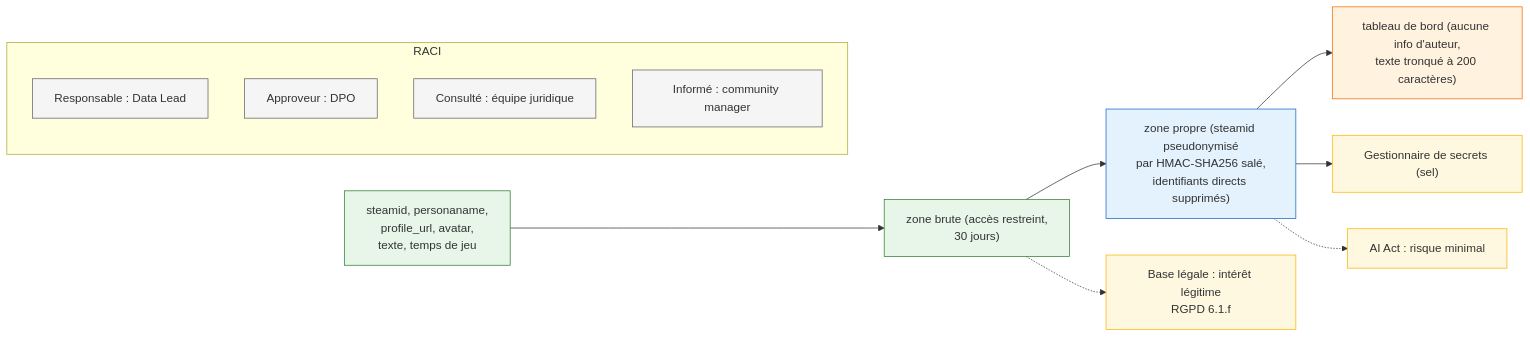
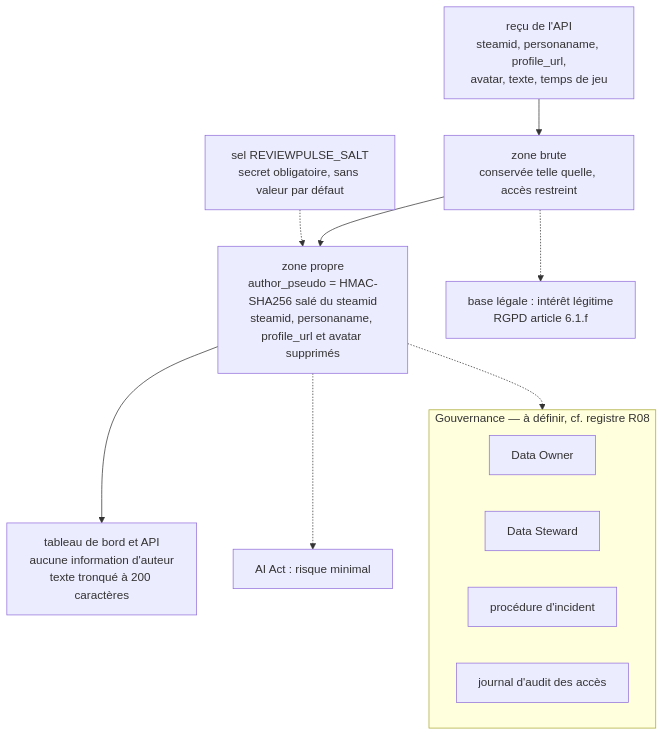
One commit to KinSushi/reviewpulse-pipeline changed the diagram in docs/diagrams/src/07_gouvernance_donnees_personnelles.mmd. Above: the diagram before and after it, drawn with Mermaid. The commit also changed 18 other files, not shown here.

First line of the commit message:
Sauvegarde MLflow restaurable, workflow planifie aligne, dix schemas a jour

```diff
--- a/docs/diagrams/src/07_gouvernance_donnees_personnelles.mmd
+++ b/docs/diagrams/src/07_gouvernance_donnees_personnelles.mmd
@@ -1,32 +1,24 @@
-%% Parcours des données personnelles
-flowchart LR
-    A["steamid, personaname,<br/>profile_url, avatar,<br/>texte, temps de jeu"]
-    B["zone brute (accès restreint,<br/>30 jours)"]
-    C["zone propre (steamid pseudonymisé<br/>par HMAC‑SHA256 salé,<br/>identifiants directs supprimés)"]
-    D["tableau de bord (aucune info d'auteur,<br/>texte tronqué à 200 caractères)"]
-    E["Gestionnaire de secrets (sel)"]
-    F["Base légale : intérêt légitime<br/>RGPD 6.1.f"]
-    G["AI Act : risque minimal"]
-    subgraph RACI["RACI"]
-        R1["Responsable : Data Lead"]
-        R2["Approveur : DPO"]
-        R3["Consulté : équipe juridique"]
-        R4["Informé : community manager"]
-    end
+%% Parcours des données personnelles. Sources : ADR 0004, dashboard/app.py, docs/01_charte.md
+%% Ce qui est marqué « à définir » n'existe pas encore comme livrable (registre R08).
+flowchart TB
+  A["reçu de l'API<br/>steamid, personaname, profile_url,<br/>avatar, texte, temps de jeu"]
+  B["zone brute<br/>conservée telle quelle, accès restreint"]
+  C["zone propre<br/>author_pseudo = HMAC-SHA256 salé du steamid<br/>steamid, personaname, profile_url et avatar supprimés"]
+  D["tableau de bord et API<br/>aucune information d'auteur<br/>texte tronqué à 200 caractères"]
+  E["sel REVIEWPULSE_SALT<br/>secret obligatoire, sans valeur par défaut"]
+  F["base légale : intérêt légitime<br/>RGPD article 6.1.f"]
+  G["AI Act : risque minimal"]
 
-    A --> B --> C --> D
-    C --> E
-    B -.-> F
-    C -.-> G
+  A --> B --> C --> D
+  E -.-> C
+  B -.-> F
+  C -.-> G
 
-    class A,B raw
-    class C clean
-    class D dashboard
-    class E,F,G note
-    class R1,R2,R3,R4 raci
+  subgraph GOUV["Gouvernance — à définir, cf. registre R08"]
+    R1["Data Owner"]
+    R2["Data Steward"]
+    R3["procédure d'incident"]
+    R4["journal d'audit des accès"]
+  end
 
-    classDef raw fill:#e8f5e9,stroke:#2e7d32
-    classDef clean fill:#e3f2fd,stroke:#1565c0
-    classDef dashboard fill:#fff3e0,stroke:#ef6c00
-    classDef note fill:#fff8e1,stroke:#ffb300
-    classDef raci fill:#f5f5f5,stroke:#616161
+  C -.-> GOUV
```
